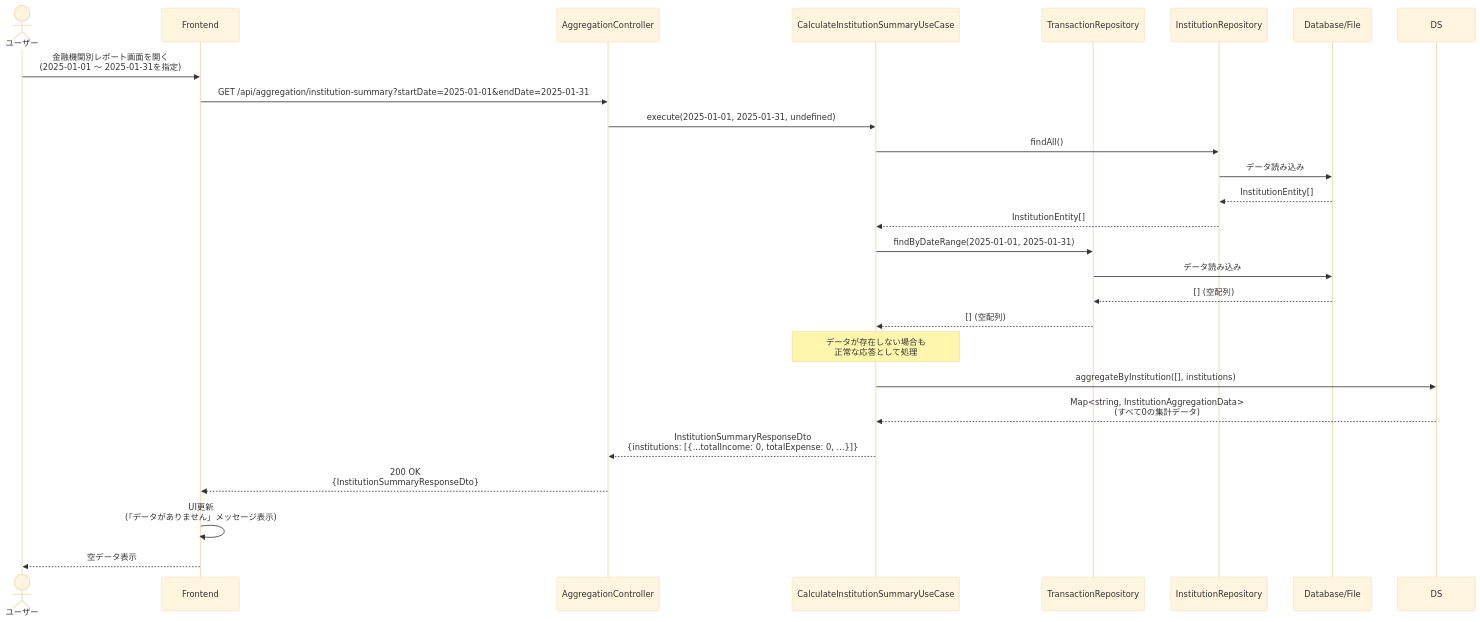
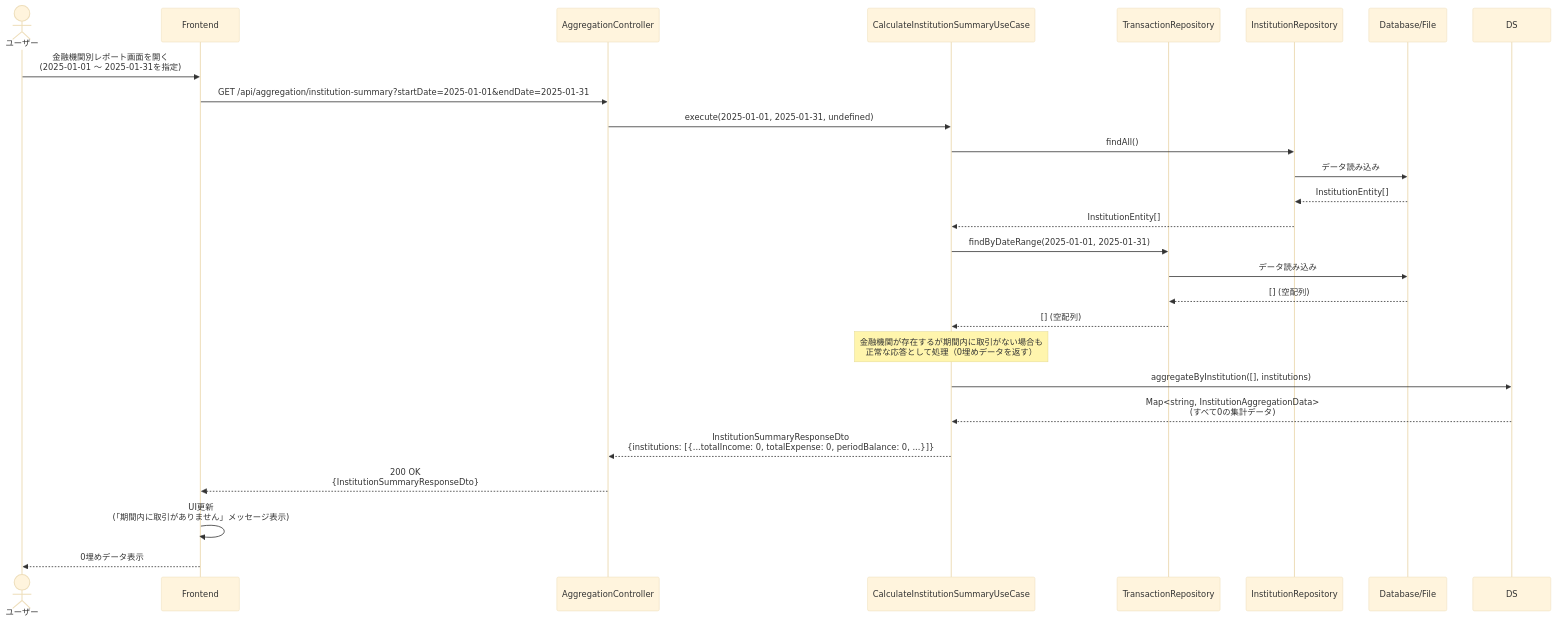
The third of 5 diagrams in docs/detailed-design/FR-017_institution-aggregation/sequence-diagrams.md (kencom2400/account-book), drawn with Mermaid (base theme) before and after one commit. The commit also changed other lines of this file and 3 other files, not shown here.

````diff
--- a/docs/detailed-design/FR-017_institution-aggregation/sequence-diagrams.md
+++ b/docs/detailed-design/FR-017_institution-aggregation/sequence-diagrams.md
@@ -170,35 +170,35 @@
 ```mermaid
 sequenceDiagram
     actor User as ユーザー
     participant FE as Frontend
     participant API as AggregationController
     participant UC as CalculateInstitutionSummaryUseCase
     participant TRepo as TransactionRepository
     participant IRepo as InstitutionRepository
     participant DB as Database/File
 
     User->>FE: 金融機関別レポート画面を開く<br/>(2025-01-01 〜 2025-01-31を指定)
     FE->>API: GET /api/aggregation/institution-summary?startDate=2025-01-01&endDate=2025-01-31
 
     API->>UC: execute(2025-01-01, 2025-01-31, undefined)
 
     UC->>IRepo: findAll()
     IRepo->>DB: データ読み込み
     DB-->>IRepo: InstitutionEntity[]
     IRepo-->>UC: InstitutionEntity[]
 
     UC->>TRepo: findByDateRange(2025-01-01, 2025-01-31)
     TRepo->>DB: データ読み込み
     DB-->>TRepo: [] (空配列)
     TRepo-->>UC: [] (空配列)
 
-    Note over UC: データが存在しない場合も<br/>正常な応答として処理
+    Note over UC: 金融機関が存在するが期間内に取引がない場合も<br/>正常な応答として処理（0埋めデータを返す）
     UC->>DS: aggregateByInstitution([], institutions)
     DS-->>UC: Map<string, InstitutionAggregationData><br/>(すべて0の集計データ)
 
-    UC-->>API: InstitutionSummaryResponseDto<br/>{institutions: [{...totalIncome: 0, totalExpense: 0, ...}]}
+    UC-->>API: InstitutionSummaryResponseDto<br/>{institutions: [{...totalIncome: 0, totalExpense: 0, periodBalance: 0, ...}]}
 
     API-->>FE: 200 OK<br/>{InstitutionSummaryResponseDto}
-    FE->>FE: UI更新<br/>(「データがありません」メッセージ表示)
-    FE-->>User: 空データ表示
+    FE->>FE: UI更新<br/>(「期間内に取引がありません」メッセージ表示)
+    FE-->>User: 0埋めデータ表示
 ```
````
